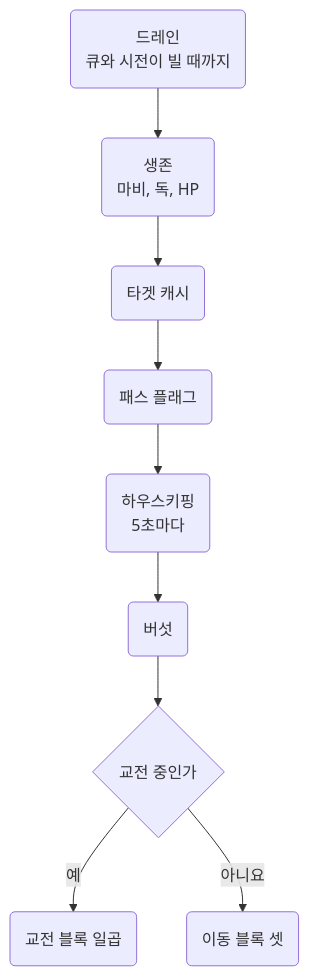
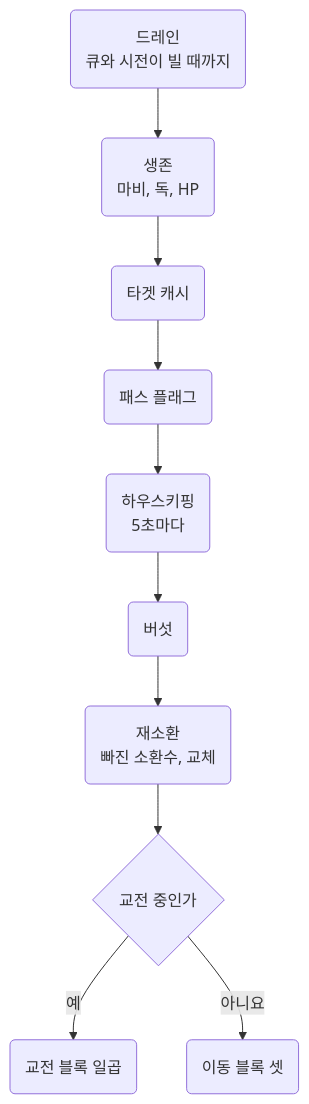
One commit to minu-ha/uoo changed the second of 5 diagrams in document/templates/bard-necro.md. Above: the diagram before and after it, drawn with Mermaid. The commit also changed other lines of this file and 12 other files, not shown here.

````diff
--- a/document/templates/bard-necro.md
+++ b/document/templates/bard-necro.md
@@ -1004,6 +1057,7 @@
 ```mermaid
 flowchart TD
-  drain("드레인<br>큐와 시전이 빌 때까지") --> survive("생존<br>마비, 독, HP") --> cache("타겟 캐시") --> flags("패스 플래그") --> house("하우스키핑<br>5초마다") --> mush("버섯") --> engaged{"교전 중인가"}
+  drain("드레인<br>큐와 시전이 빌 때까지") --> survive("생존<br>마비, 독, HP") --> cache("타겟 캐시") --> flags("패스 플래그") --> house("하우스키핑<br>5초마다")
+  house --> mush("버섯") --> resummon("재소환<br>빠진 소환수, 교체") --> engaged{"교전 중인가"}
   engaged -- 예 --> combat("교전 블록 일곱")
   engaged -- 아니요 --> walk("이동 블록 셋")
 ```
````
